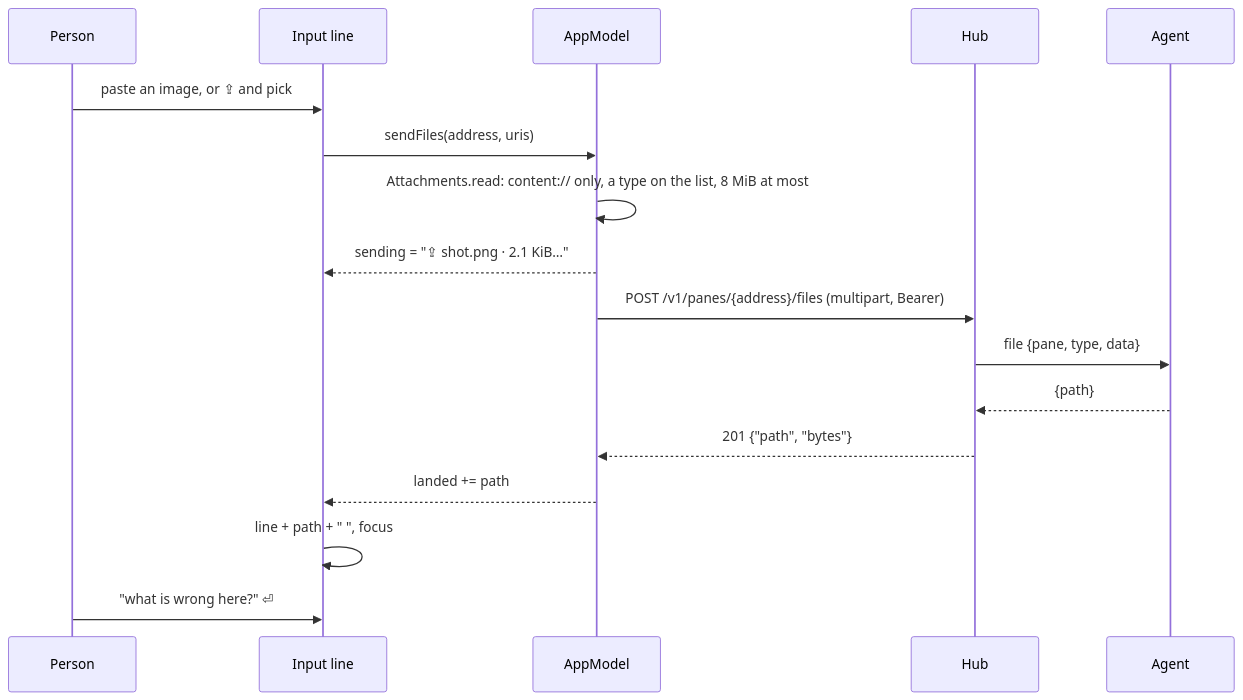
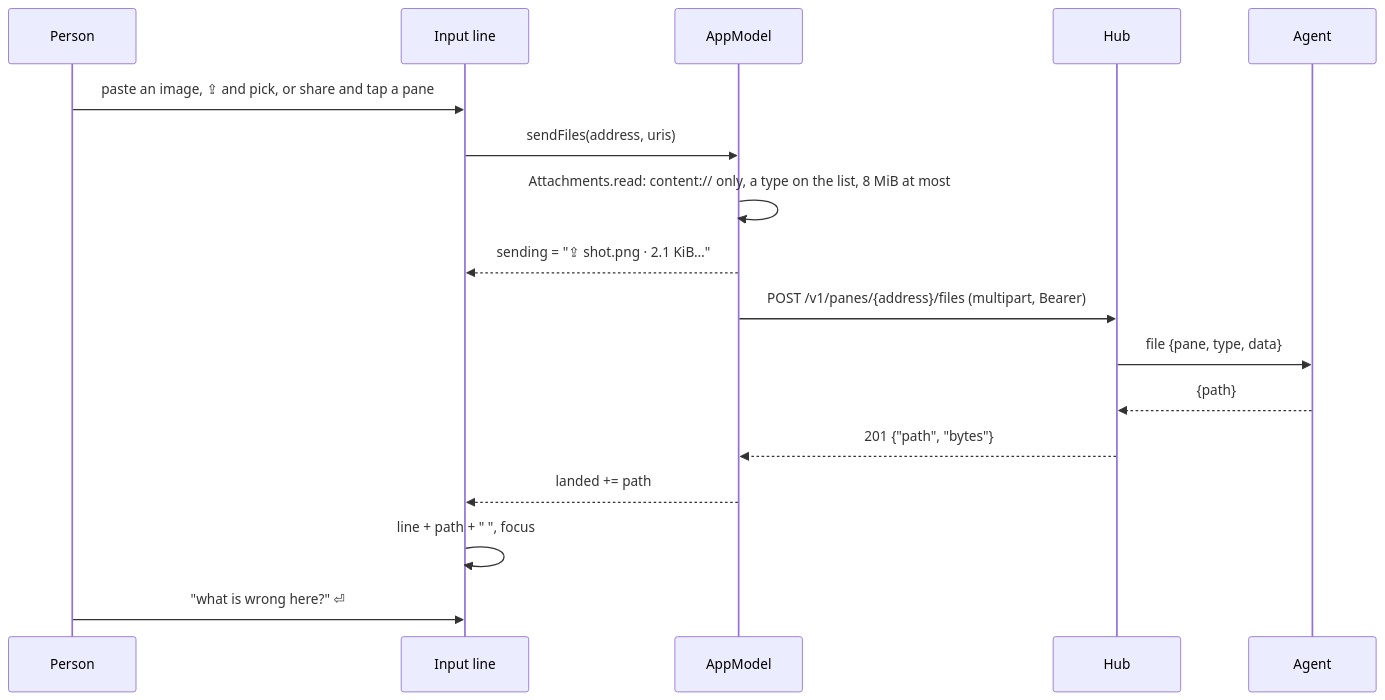
Before and after one commit to notmarkopadjen/muxway-android: the diagram in docs/features/attachments.md, drawn with Mermaid. The commit also changed other lines of this file and 7 other files, not shown here.

Commit message:
Share a file into a pane: muxway is a share target, and a chooser lists the panes that take files

````diff
--- a/docs/features/attachments.md
+++ b/docs/features/attachments.md
@@ -48,19 +67,19 @@
 ```mermaid
 sequenceDiagram
     participant P as Person
     participant L as Input line
     participant M as AppModel
     participant H as Hub
     participant A as Agent
-    P->>L: paste an image, or ⇪ and pick
+    P->>L: paste an image, ⇪ and pick, or share and tap a pane
     L->>M: sendFiles(address, uris)
     M->>M: Attachments.read: content:// only, a type on the list, 8 MiB at most
     M-->>L: sending = "⇪ shot.png · 2.1 KiB…"
     M->>H: POST /v1/panes/{address}/files (multipart, Bearer)
     H->>A: file {pane, type, data}
     A-->>H: {path}
     H-->>M: 201 {"path", "bytes"}
     M-->>L: landed += path
     L->>L: line + path + " ", focus
     P->>L: "what is wrong here?" ⏎
 ```
````
